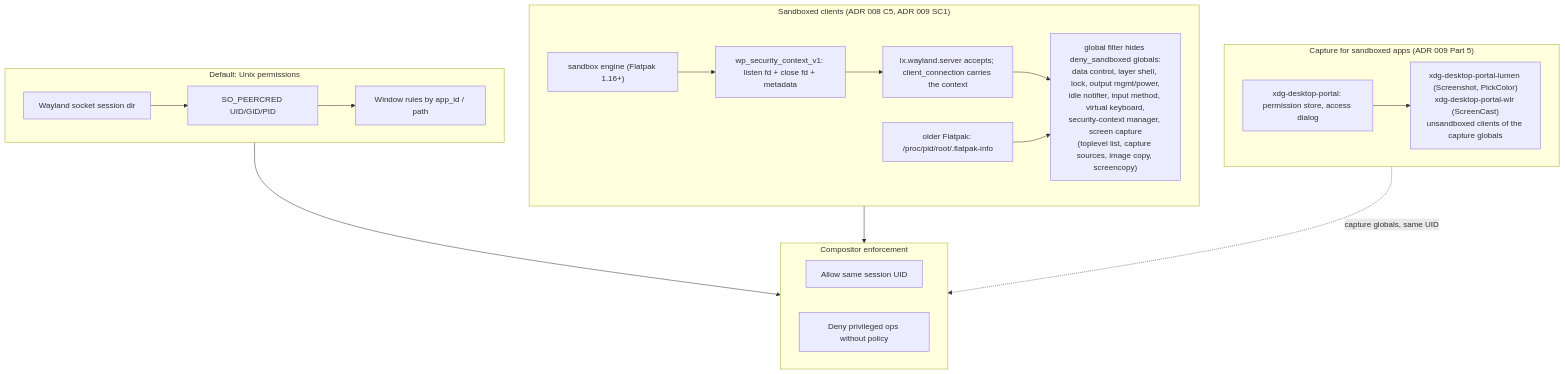
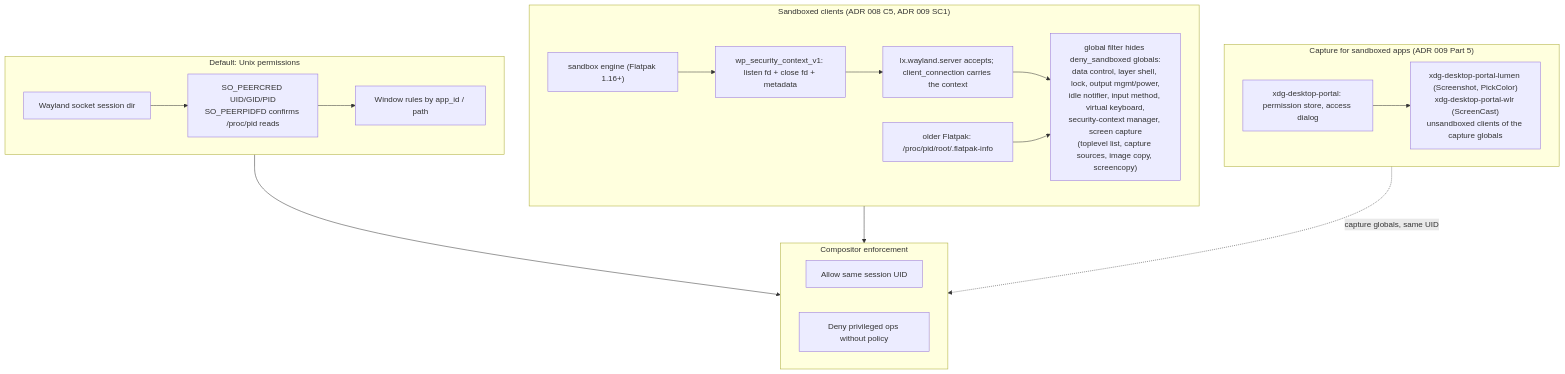
Before and after one commit to dimmus/lumen: the diagram in docs/uml/16-security.mmd, drawn with Mermaid. The commit also changed 7 other files, not shown here.

First line of the commit message:
Wayland: confirm client /proc reads through peer pidfds

```diff
--- a/docs/uml/16-security.mmd
+++ b/docs/uml/16-security.mmd
@@ -1,32 +1,32 @@
 flowchart TB
     subgraph Traditional["Default: Unix permissions"]
         SOCK["Wayland socket session dir"]
-        CRED["SO_PEERCRED UID/GID/PID"]
+        CRED["SO_PEERCRED UID/GID/PID<br/>SO_PEERPIDFD confirms /proc/pid reads"]
         RULES["Window rules by app_id / path"]
         SOCK --> CRED --> RULES
     end
 
     subgraph Portals["Capture for sandboxed apps (ADR 009 Part 5)"]
         PORTAL["xdg-desktop-portal: permission store, access dialog"]
         BACKENDS["xdg-desktop-portal-lumen (Screenshot, PickColor)<br/>xdg-desktop-portal-wlr (ScreenCast)<br/>unsandboxed clients of the capture globals"]
         PORTAL --> BACKENDS
     end
 
     subgraph Sandboxes["Sandboxed clients (ADR 008 C5, ADR 009 SC1)"]
         ENGINE["sandbox engine (Flatpak 1.16+)"]
         LISTEN["wp_security_context_v1: listen fd + close fd + metadata"]
         ACCEPT["lx.wayland.server accepts; client_connection carries the context"]
         INFO["older Flatpak: /proc/pid/root/.flatpak-info"]
         FILTER["global filter hides deny_sandboxed globals:<br/>data control, layer shell, lock, output mgmt/power,<br/>idle notifier, input method, virtual keyboard,<br/>security-context manager, screen capture<br/>(toplevel list, capture sources, image copy, screencopy)"]
         ENGINE --> LISTEN --> ACCEPT --> FILTER
         INFO --> FILTER
     end
 
     subgraph CompositorCheck["Compositor enforcement"]
         ALLOW["Allow same session UID"]
         DENY["Deny privileged ops without policy"]
     end
 
     Traditional --> CompositorCheck
     Sandboxes --> CompositorCheck
     Portals -.->|"capture globals, same UID"| CompositorCheck
```
